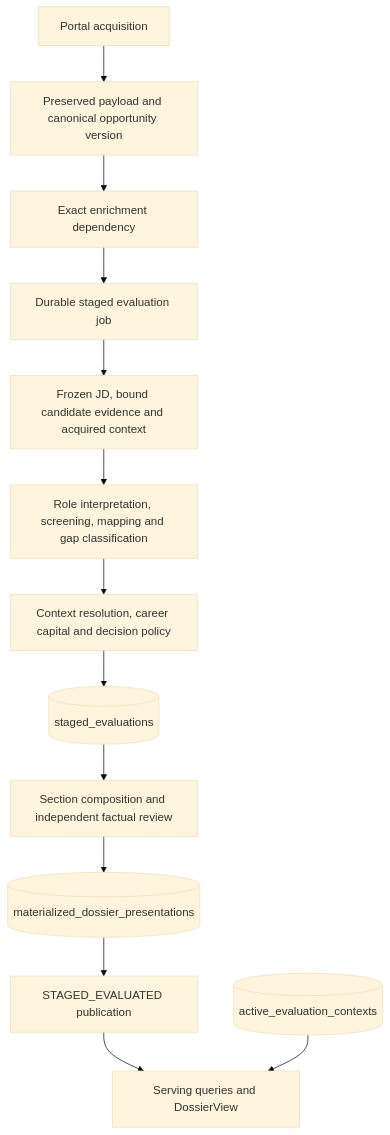
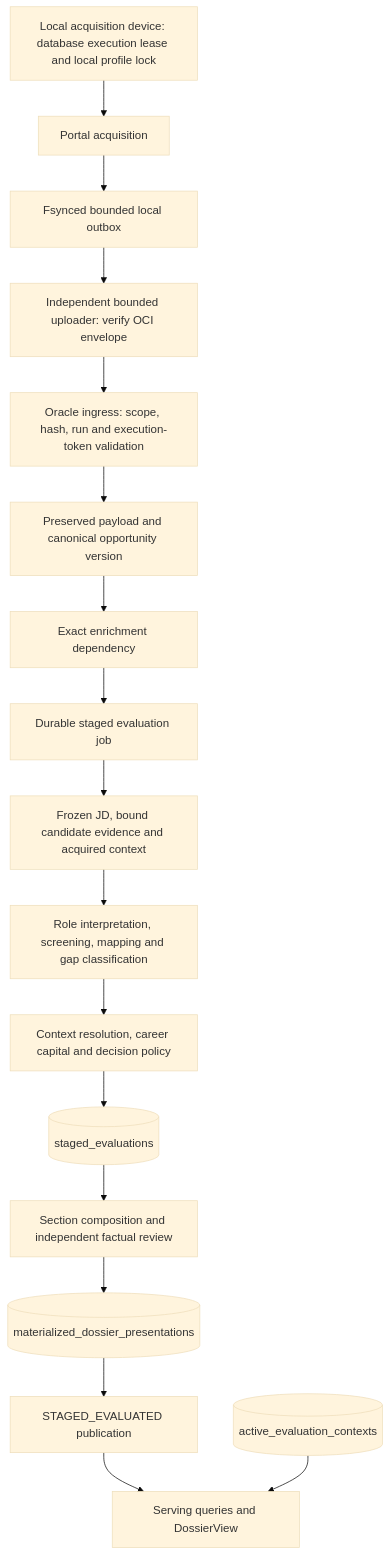
One commit to swapnilshuk1/RadarV2 changed the diagram in docs/ARCHITECTURE.md. Above: the diagram before and after it, drawn with Mermaid (base theme). The commit also changed other lines of this file and 88 other files, not shown here.

Commit message:
Implement OCI acquisition handoff, storage fencing, and automatic deployment

````diff
--- a/docs/ARCHITECTURE.md
+++ b/docs/ARCHITECTURE.md
@@ -41,15 +41,21 @@
 ```mermaid
 flowchart TD
-  A[Portal acquisition] --> B[Preserved payload and canonical opportunity version]
+  X[Local acquisition device: database execution lease and local profile lock] --> A
+  A --> Q[Fsynced bounded local outbox]
+  Q --> Y[Independent bounded uploader: verify OCI envelope]
+  Y --> Z[Oracle ingress: scope, hash, run and execution-token validation]
+  Z --> B
+  A[Portal acquisition]
+  B[Preserved payload and canonical opportunity version]
   B --> C[Exact enrichment dependency]
   C --> D[Durable staged evaluation job]
   D --> E[Frozen JD, bound candidate evidence and acquired context]
   E --> F[Role interpretation, screening, mapping and gap classification]
   F --> G[Context resolution, career capital and decision policy]
   G --> H[(staged_evaluations)]
   H --> I[Section composition and independent factual review]
   I --> J[(materialized_dossier_presentations)]
   J --> K[STAGED_EVALUATED publication]
   K --> L[Serving queries and DossierView]
   M[(active_evaluation_contexts)] --> L
 ```
````
